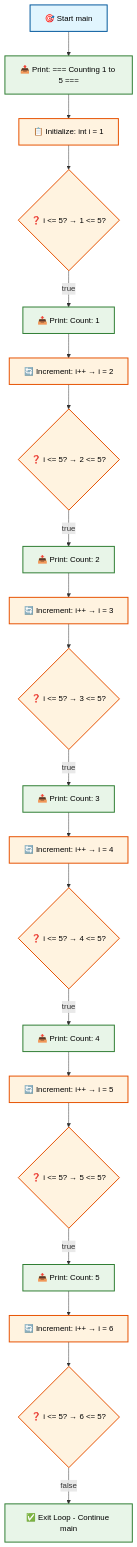
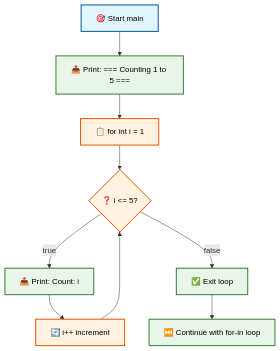
Before and after one commit to antonprafanto/flutter: the fifth of 15 diagrams in minggu2.md, drawn with Mermaid. The commit also changed other lines of this file, not shown here.

````diff
--- a/minggu2.md
+++ b/minggu2.md
@@ -332,43 +336,20 @@
 ```mermaid
 flowchart TD
     A[🎯 Start main] --> B[📤 Print: === Counting 1 to 5 ===]
-    B --> C[📋 Initialize: int i = 1]
-    C --> D{❓ i <= 5? → 1 <= 5?}
-    D -->|true| E[📤 Print: Count: 1]
-    E --> F[🔄 Increment: i++ → i = 2]
-    F --> G{❓ i <= 5? → 2 <= 5?}
-    G -->|true| H[📤 Print: Count: 2]
-    H --> I[🔄 Increment: i++ → i = 3]
-    I --> J{❓ i <= 5? → 3 <= 5?}
-    J -->|true| K[📤 Print: Count: 3]
-    K --> L[🔄 Increment: i++ → i = 4]
-    L --> M{❓ i <= 5? → 4 <= 5?}
-    M -->|true| N[📤 Print: Count: 4]
-    N --> O[🔄 Increment: i++ → i = 5]
-    O --> P{❓ i <= 5? → 5 <= 5?}
-    P -->|true| Q[📤 Print: Count: 5]
-    Q --> R[🔄 Increment: i++ → i = 6]
-    R --> S{❓ i <= 5? → 6 <= 5?}
-    S -->|false| T[✅ Exit Loop - Continue main]
+    B --> C[📋 for int i = 1]
+    C --> D{❓ i <= 5?}
+    D -->|true| E[📤 Print: Count: i]
+    E --> F[🔄 i++ increment]
+    F --> D
+    D -->|false| G[✅ Exit loop]
+    G --> H[⏭️ Continue with for-in loop]
     
     style A fill:#e1f5fe,stroke:#01579b,stroke-width:2px,color:#000
     style B fill:#e8f5e8,stroke:#2e7d32,stroke-width:2px,color:#000
     style C fill:#fff3e0,stroke:#e65100,stroke-width:2px,color:#000
     style D fill:#fff3e0,stroke:#e65100,stroke-width:2px,color:#000
     style E fill:#e8f5e8,stroke:#2e7d32,stroke-width:2px,color:#000
     style F fill:#fff3e0,stroke:#e65100,stroke-width:2px,color:#000
-    style G fill:#fff3e0,stroke:#e65100,stroke-width:2px,color:#000
+    style G fill:#e8f5e8,stroke:#2e7d32,stroke-width:2px,color:#000
     style H fill:#e8f5e8,stroke:#2e7d32,stroke-width:2px,color:#000
-    style I fill:#fff3e0,stroke:#e65100,stroke-width:2px,color:#000
-    style J fill:#fff3e0,stroke:#e65100,stroke-width:2px,color:#000
-    style K fill:#e8f5e8,stroke:#2e7d32,stroke-width:2px,color:#000
-    style L fill:#fff3e0,stroke:#e65100,stroke-width:2px,color:#000
-    style M fill:#fff3e0,stroke:#e65100,stroke-width:2px,color:#000
-    style N fill:#e8f5e8,stroke:#2e7d32,stroke-width:2px,color:#000
-    style O fill:#fff3e0,stroke:#e65100,stroke-width:2px,color:#000
-    style P fill:#fff3e0,stroke:#e65100,stroke-width:2px,color:#000
-    style Q fill:#e8f5e8,stroke:#2e7d32,stroke-width:2px,color:#000
-    style R fill:#fff3e0,stroke:#e65100,stroke-width:2px,color:#000
-    style S fill:#fff3e0,stroke:#e65100,stroke-width:2px,color:#000
-    style T fill:#e8f5e8,stroke:#2e7d32,stroke-width:2px,color:#000
 ```
````
